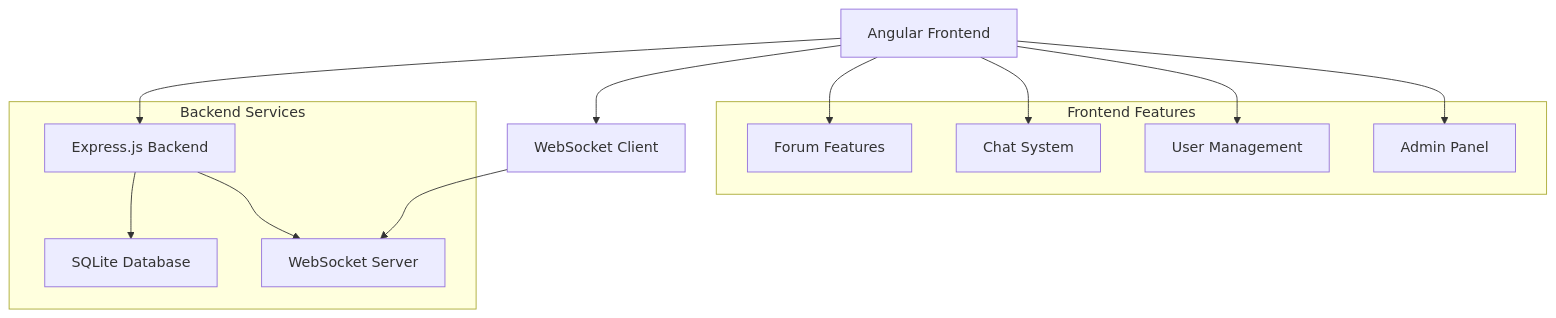
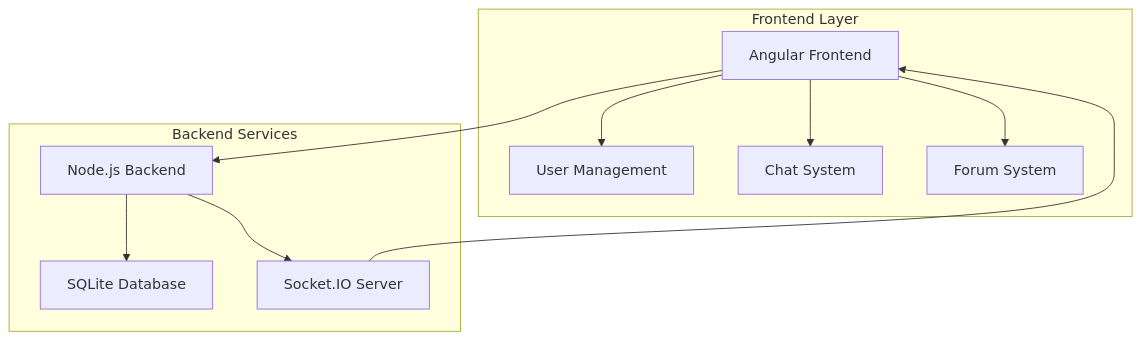
One commit to wmakeouthill/wmakeouthill.github.io changed the diagram in portfolio/public/assets/portfolio_md/README - AA_Space.md. Above: the diagram before and after it, drawn with Mermaid. The commit also changed other lines of this file and 8 other files, not shown here.

````diff
--- a/portfolio/public/assets/portfolio_md/README - AA_Space.md
+++ b/portfolio/public/assets/portfolio_md/README - AA_Space.md
@@ -11,25 +18,24 @@
 ```mermaid
+%%{title: "Arquitetura Geral do Sistema AA Space"}%%
 graph TB
-    A[Angular Frontend] --> B[Express.js Backend]
+    A[Angular Frontend] --> B[Node.js Backend]
     B --> C[SQLite Database]
-    B --> D[WebSocket Server]
-    A --> E[WebSocket Client]
-    E --> D
-    A --> F[Forum Features]
-    A --> G[Chat System]
-    A --> H[User Management]
-    A --> I[Admin Panel]
+    B --> D[Socket.IO Server]
+    D --> A
+    A --> E[User Management]
+    A --> F[Chat System]
+    A --> G[Forum System]
     
-    subgraph "Frontend Features"
+    subgraph "Frontend Layer"
+        A
+        E
         F
         G
-        H
-        I
     end
     
     subgraph "Backend Services"
         B
         C
         D
     end
 ```
````
